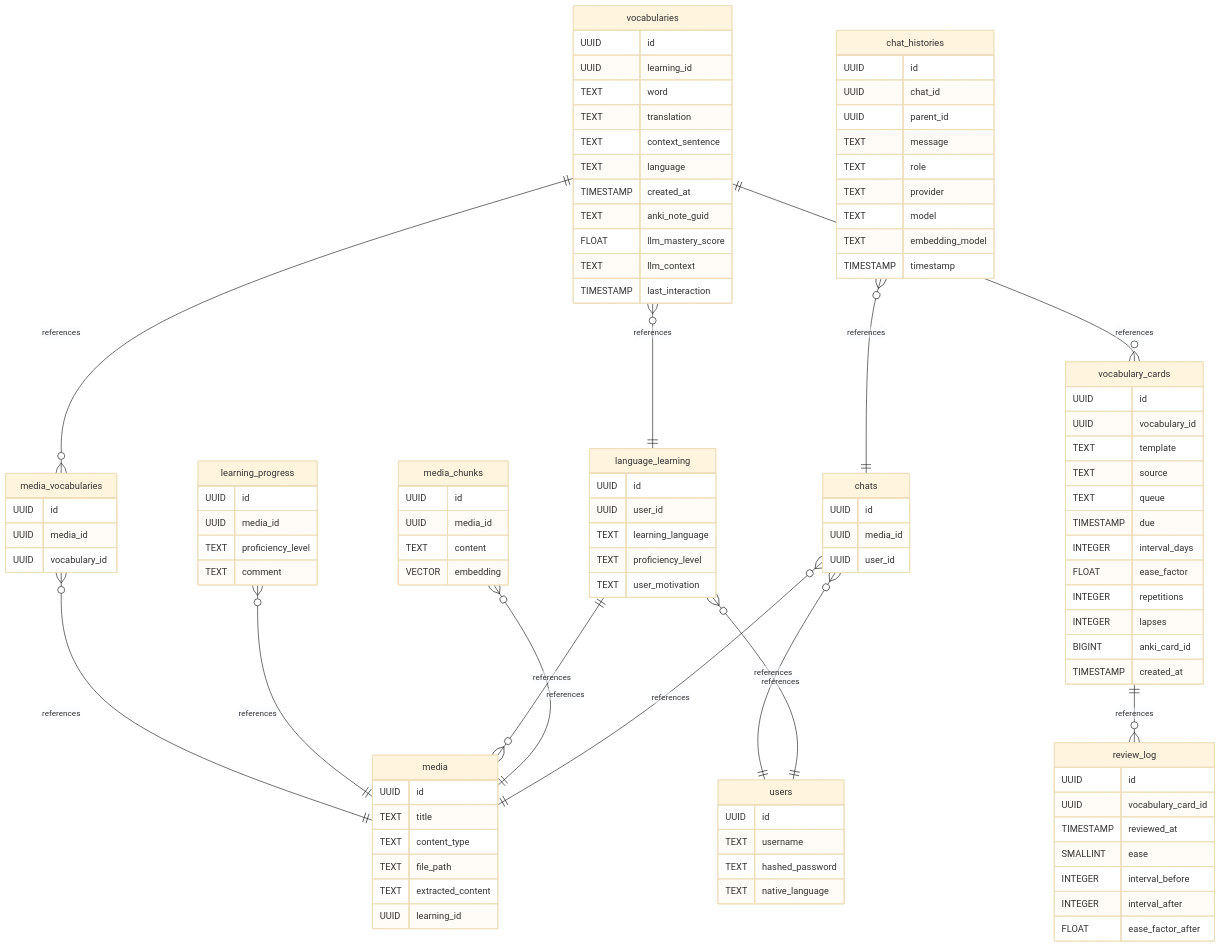
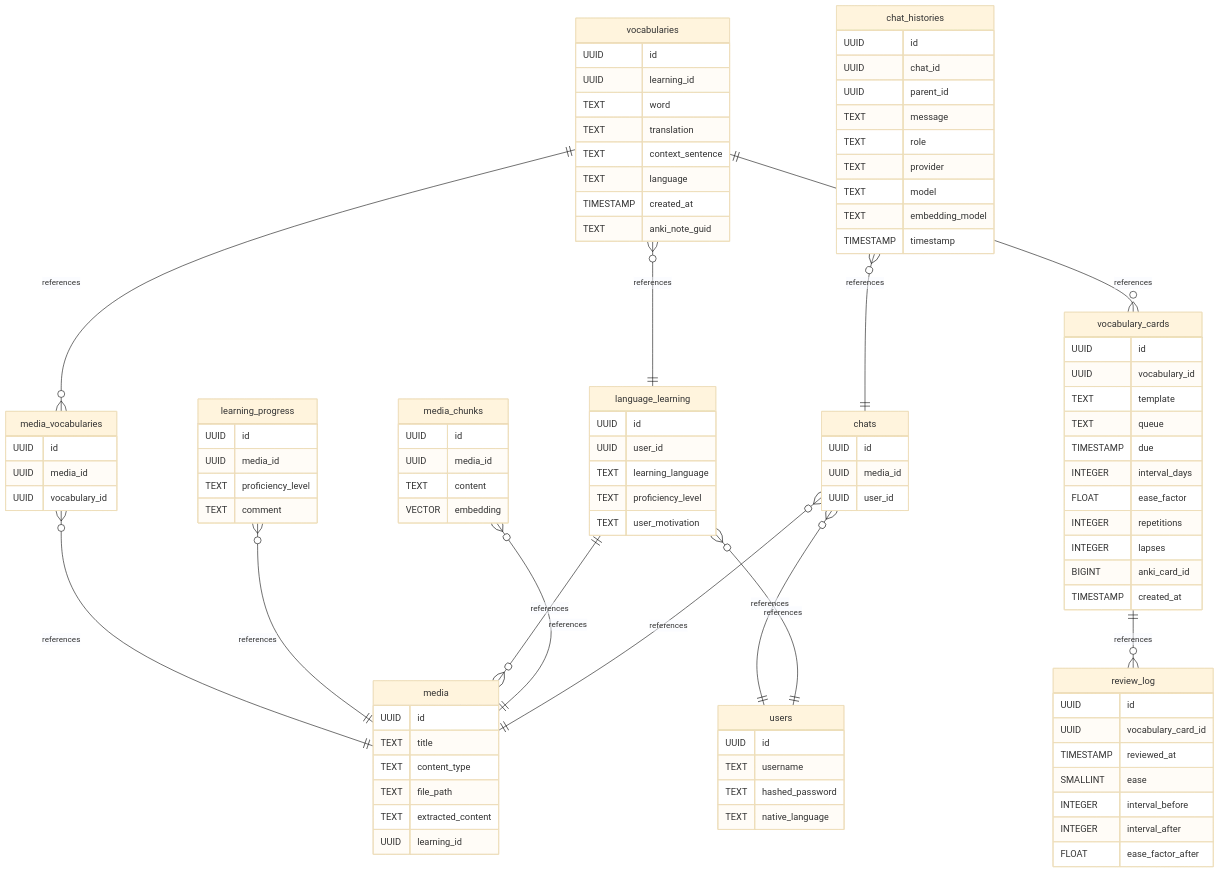
Before and after one commit to BurkhardtJan/Dengwa-AI: the second of 2 diagrams in README.md, drawn with Mermaid (base theme). The commit also changed 3 other files, not shown here.

````diff
--- a/README.md
+++ b/README.md
@@ -330,16 +330,12 @@
         TEXT language
         TIMESTAMP created_at
         TEXT anki_note_guid
-        FLOAT llm_mastery_score
-        TEXT llm_context
-        TIMESTAMP last_interaction
     }
 
     vocabulary_cards {
         UUID id
         UUID vocabulary_id
         TEXT template
-        TEXT source
         TEXT queue
         TIMESTAMP due
         INTEGER interval_days
@@ -398,4 +394,5 @@
         UUID media_id
         UUID vocabulary_id
     }
+
 ```
````
